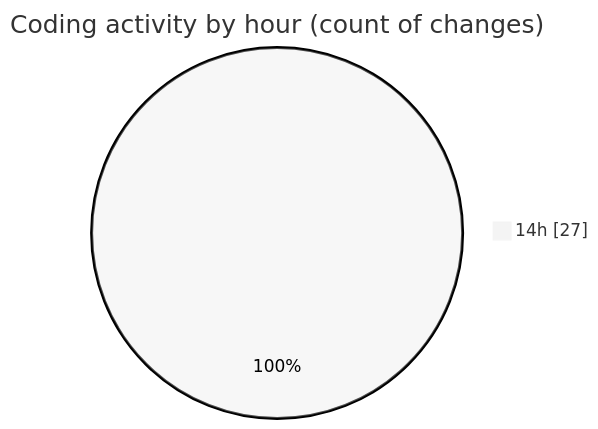
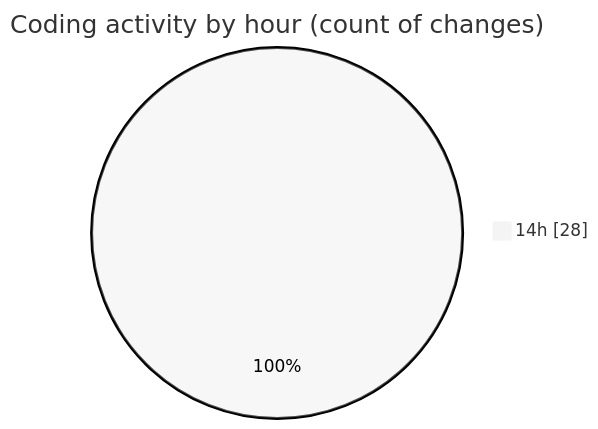
The second of 2 diagrams in 2025-10-31/weather_insights_app/README.md (donsfak/code-tracking), drawn with Mermaid (neutral theme) before and after one commit. The commit also changed other lines of this file and 1 other file, not shown here.

````diff
--- a/2025-10-31/weather_insights_app/README.md
+++ b/2025-10-31/weather_insights_app/README.md
@@ -45,5 +45,5 @@
 ```mermaid
 pie showData
 title Coding activity by hour (count of changes)
-"14h" : 27
+"14h" : 28
 ```
````
